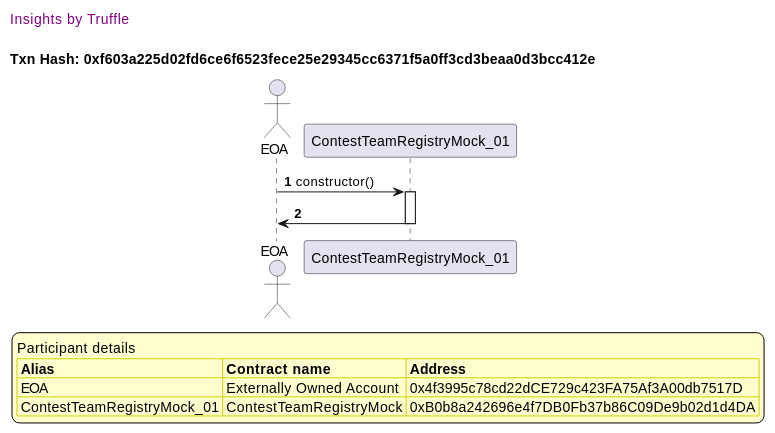
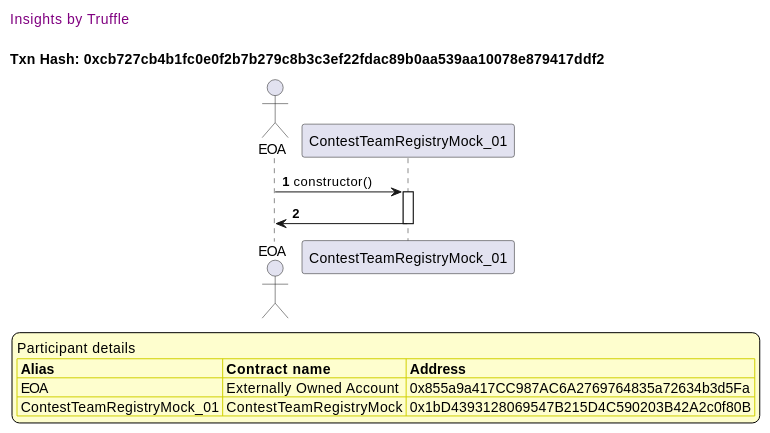
Before and after one commit to fodisi/hackapay: the seventh of 50 diagrams in truffle-seq/core_contestteamregistry.md, drawn with PlantUML. The commit also changed other lines of this file and 10 other files, not shown here.

````diff
--- a/truffle-seq/core_contestteamregistry.md
+++ b/truffle-seq/core_contestteamregistry.md
@@ -297,37 +297,37 @@
 ```plantuml
 
 
 @startuml
 
 autonumber
 skinparam legendBackgroundColor #FEFECE
 
 <style>
       header {
         HorizontalAlignment left
         FontColor purple
         FontSize 14
         Padding 10
       }
     </style>
 
 header Insights by Truffle
 
-title Txn Hash: 0xf603a225d02fd6ce6f6523fece25e29345cc6371f5a0ff3cd3beaa0d3bcc412e
+title Txn Hash: 0xcb727cb4b1fc0e0f2b7b279c8b3c3ef22fdac89b0aa539aa10078e879417ddf2
 
 
 actor EOA as "EOA"
 participant ContestTeamRegistryMock_01 as "ContestTeamRegistryMock_01"
 
 "EOA" -> "ContestTeamRegistryMock_01" ++: constructor()
 "ContestTeamRegistryMock_01" -> "EOA" --: 
 
 legend
 Participant details
 <#FEFECE,#D0D000>|= Alias |= Contract name |= Address |
-<#FEFECE>| EOA | Externally Owned Account | 0x4f3995c78cd22dCE729c423FA75Af3A00db7517D |
-<#FEFECE>| ContestTeamRegistryMock_01 | ContestTeamRegistryMock | 0xB0b8a242696e4f7DB0Fb37b86C09De9b02d1d4DA |
+<#FEFECE>| EOA | Externally Owned Account | 0x855a9a417CC987AC6A2769764835a72634b3d5Fa |
+<#FEFECE>| ContestTeamRegistryMock_01 | ContestTeamRegistryMock | 0x1bD4393128069547B215D4C590203B42A2c0f80B |
 endlegend
 
 @enduml
 ```
````
